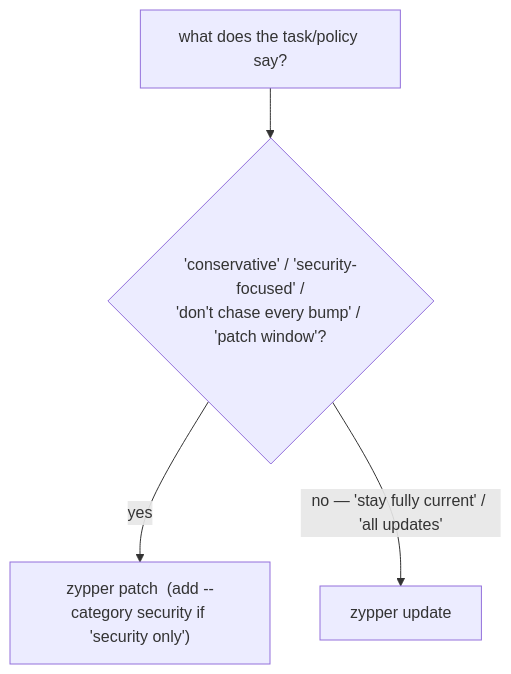
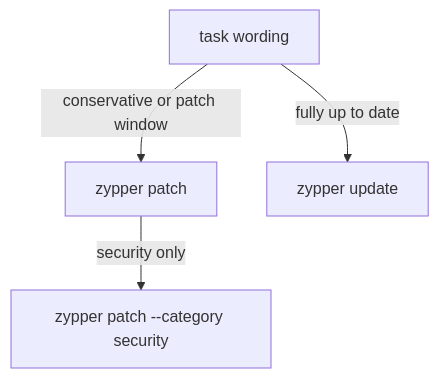
The diagram in sections/section-070/module-01/course-02-applying-the-right-one.md (astrona-io/ATS002), drawn with Mermaid before and after one commit. The commit also changed other lines of this file and 615 other files, not shown here.

````diff
--- a/sections/section-070/module-01/course-02-applying-the-right-one.md
+++ b/sections/section-070/module-01/course-02-applying-the-right-one.md
@@ -33,6 +43,6 @@
 ```mermaid
-flowchart TD
-    R["what does the task/policy say?"] --> C{"'conservative' / 'security-focused' /<br/>'don't chase every bump' / 'patch window'?"}
-    C -->|yes| P["zypper patch  (add --category security if 'security only')"]
-    C -->|no — 'stay fully current' / 'all updates'| U["zypper update"]
+flowchart TB
+    T["task wording"] -->|"conservative or patch window"| P["zypper patch"]
+    T -->|"fully up to date"| U["zypper update"]
+    P -->|"security only"| S["zypper patch --category security"]
 ```
````
